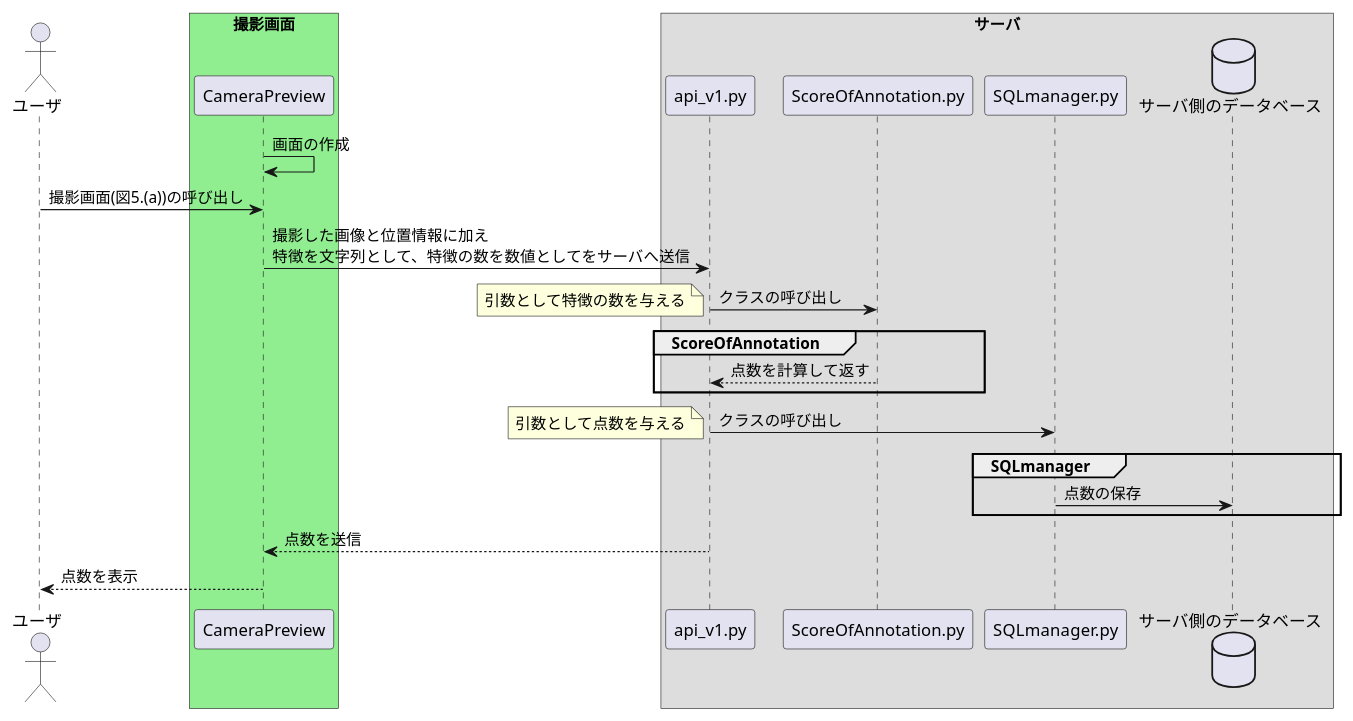
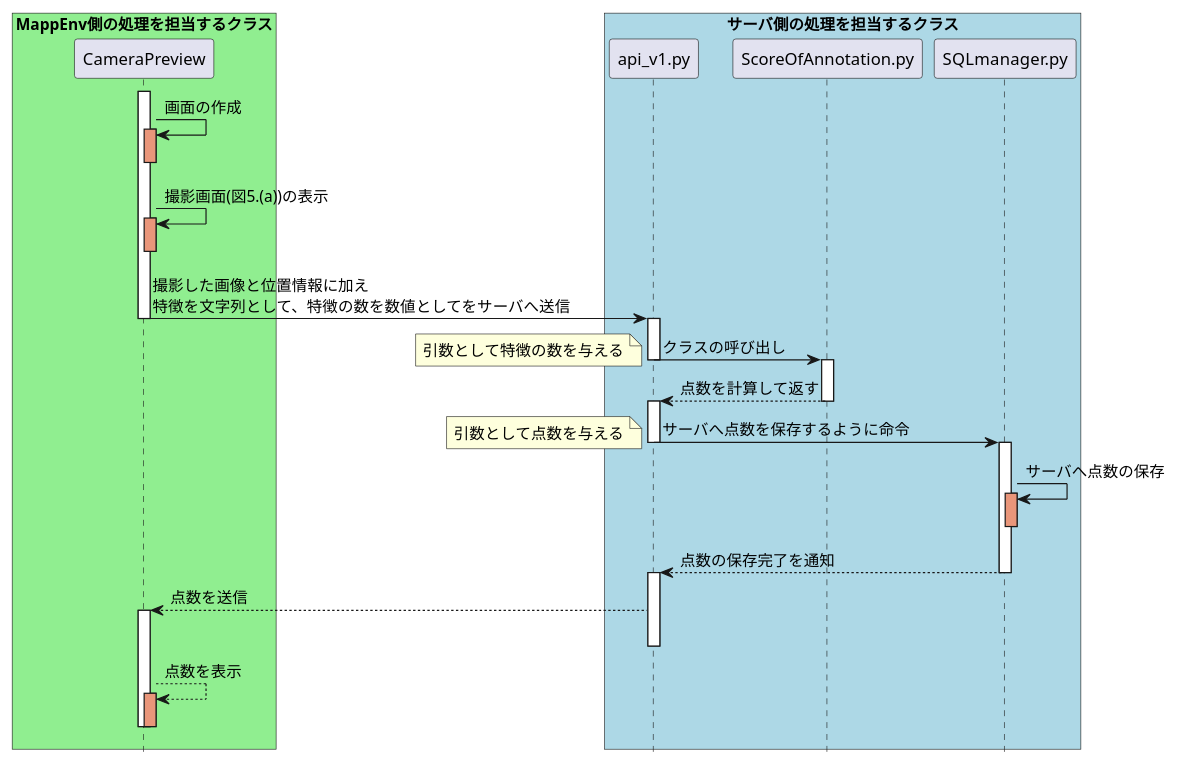
Before and after one commit to watarunemoto/mappenv: the diagram in UML/Seqence/ScoreOfAnnotation_server.puml, drawn with PlantUML. The commit also changed 9 other files, not shown here.

```diff
--- a/UML/Seqence/ScoreOfAnnotation_server.puml
+++ b/UML/Seqence/ScoreOfAnnotation_server.puml
@@ -1,39 +1,61 @@
 @startuml
 
-actor ユーザ as u
+hide footbox
+box "MappEnv側の処理を担当するクラス" #LightGreen
+participant CameraPreview as cp
+activate cp
+cp -> cp :画面の作成
+activate cp#DarkSalmon
+deactivate cp
 
-box "撮影画面" #LightGreen
-participant CameraPreview as cp
-cp -> cp :画面の作成
-u -> cp:撮影画面(図5.(a))の呼び出し
+cp -> cp:撮影画面(図5.(a))の表示
+activate cp#DarkSalmon
 end box
 
 
 
-box "サーバ"
+box "サーバ側の処理を担当するクラス" #Lightblue
 
 participant api_v1.py as main
 participant ScoreOfAnnotation.py as sa
 participant SQLmanager.py as sql
-database サーバ側のデータベース as db2
+'database データベース as db2
 
 
 endbox
+deactivate cp
+cp -> main:撮影した画像と位置情報に加え\n特徴を文字列として、特徴の数を数値としてをサーバへ送信
+deactivate cp
+activate main
 
-cp -> main:撮影した画像と位置情報に加え\n特徴を文字列として、特徴の数を数値としてをサーバへ送信
 main-> sa :クラスの呼び出し
+deactivate main
+activate sa
 note left:引数として特徴の数を与える
-group ScoreOfAnnotation
+
+
+
+
 sa --> main:点数を計算して返す
-end
-main->sql:クラスの呼び出し
+deactivate sa
+activate main
+main->sql:サーバへ点数を保存するように命令
+deactivate main
 note left :引数として点数を与える
-group SQLmanager
-sql -> db2:点数の保存
-end
+activate sql
+sql -> sql:サーバへ点数の保存
+activate sql#DarkSalmon
+deactivate sql
+sql --> main:点数の保存完了を通知
+deactivate sql
+activate main
 
 main -->cp: 点数を送信
+activate cp
+deactivate main
+cp -->cp :点数を表示
+activate cp #DarkSalmon
 
-cp -->u :点数を表示
-
+deactivate cp
+deactivate cp
 @enduml
```
